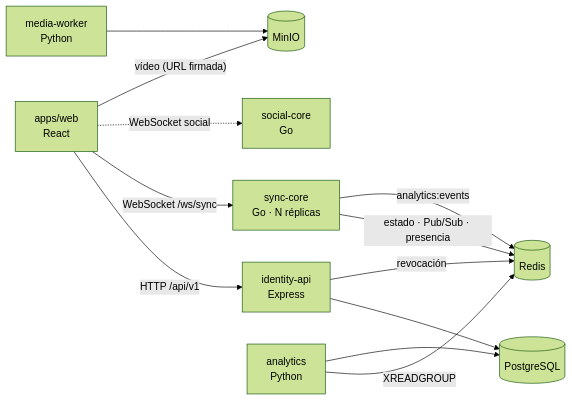
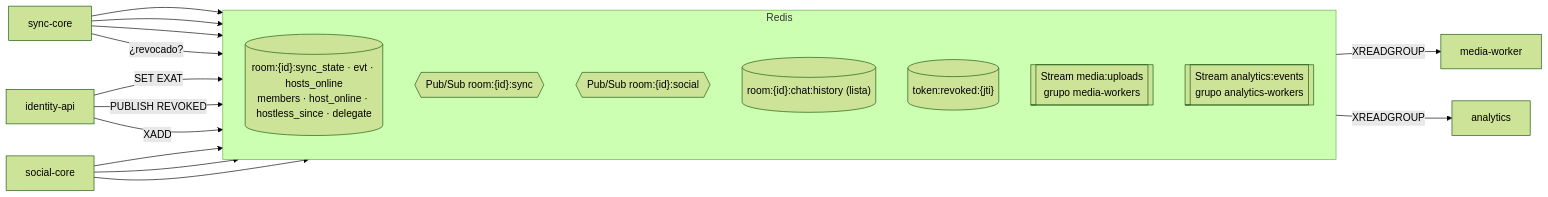
The fifth of 6 diagrams in README.md (N1ghtlyC0de/TINT), drawn with Mermaid (forest theme) before and after one commit. The commit also changed other lines of this file and 5 other files, not shown here.

First line of the commit message:
docs: flujo completo de vídeo, C4, Redis y ERD de todas las tablas

````diff
--- a/README.md
+++ b/README.md
@@ -34,14 +265,21 @@
 ```mermaid
 flowchart LR
-    WEB["apps/web<br/>React"] -- "HTTP /api/v1" --> ID["identity-api<br/>Express"]
-    WEB -- "WebSocket /ws/sync" --> SYNC["sync-core<br/>Go · N réplicas"]
-    WEB -. "WebSocket social" .-> SOCIAL["social-core<br/>Go"]
-    WEB -- "vídeo (URL firmada)" --> MI[("MinIO")]
-    ID --> PG[("PostgreSQL")]
-    ID -- "revocación" --> RD[("Redis")]
-    SYNC -- "estado · Pub/Sub · presencia" --> RD
-    SYNC -- "analytics:events" --> RD
-    MEDIA["media-worker<br/>Python"] --> MI
-    AN["analytics<br/>Python"] -- "XREADGROUP" --> RD
-    AN --> PG
+    subgraph Redis
+        direction TB
+        K1[("room:{id}:sync_state · evt · hosts_online<br/>members · host_online · hostless_since · delegate")]
+        P1{{"Pub/Sub room:{id}:sync"}}
+        P2{{"Pub/Sub room:{id}:social"}}
+        K2[("room:{id}:chat:history (lista)")]
+        K3[("token:revoked:{jti}")]
+        S1[["Stream media:uploads<br/>grupo media-workers"]]
+        S2[["Stream analytics:events<br/>grupo analytics-workers"]]
+    end
+    SC["sync-core"] --> K1 & P1 & S2
+    SC -- "¿revocado?" --> K3
+    ID["identity-api"] -- "SET EXAT" --> K3
+    ID -- "PUBLISH REVOKED" --> P1
+    ID -- XADD --> S1
+    SO["social-core"] --> K2 & P2 & S2
+    S1 -- XREADGROUP --> MW["media-worker"]
+    S2 -- XREADGROUP --> AN["analytics"]
 ```
````
